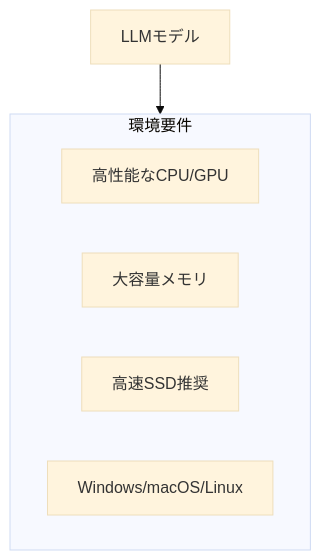
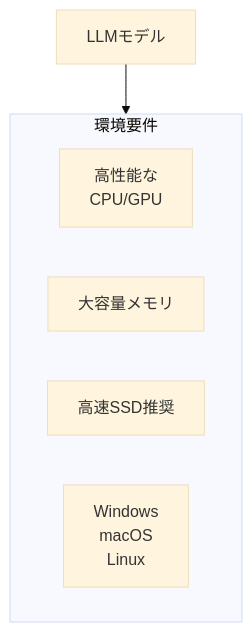
The fourth of 11 diagrams in README.md (SparklingDetergent/doc_genai_The_usefulness_of_local_LLM), drawn with Mermaid (base theme) before and after one commit. The commit also changed other lines of this file, not shown here.

````diff
--- a/README.md
+++ b/README.md
@@ -83,10 +87,10 @@
 ```mermaid
 graph TD
 subgraph 環境要件
-    CPU/GPU[高性能なCPU/GPU]
+    CPU/GPU[高性能な<br/>CPU/GPU]
     メモリ[大容量メモリ]
     ストレージ[高速SSD推奨]
-    OS[Windows/macOS/Linux]
+    OS[Windows<br/>macOS<br/>Linux]
 end
 LLMモデル --> 環境要件
 ```
````
